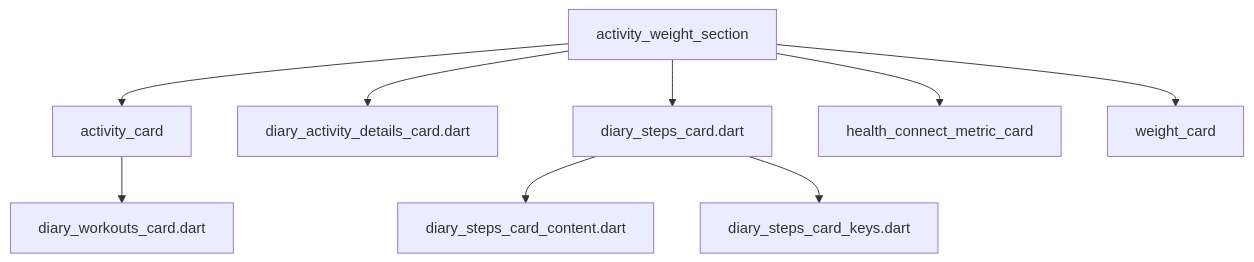
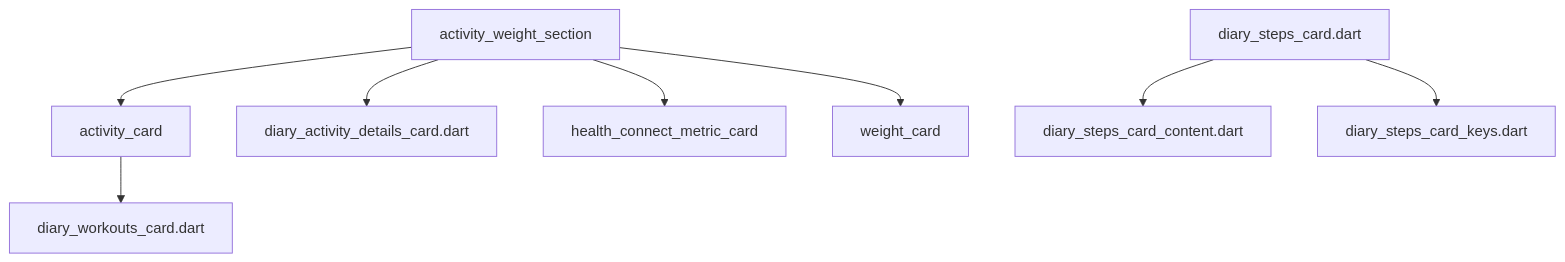
The diagram in lib/features/activity/presentation/widgets/DEPS.md (repinw/yamt), drawn with Mermaid before and after one commit. The commit also changed 49 other files, not shown here.

````diff
--- a/lib/features/activity/presentation/widgets/DEPS.md
+++ b/lib/features/activity/presentation/widgets/DEPS.md
@@ -6,11 +6,10 @@
 ```mermaid
 flowchart TD;
 activity_card-->diary_workouts_card.dart;
 activity_weight_section-->activity_card;
 activity_weight_section-->diary_activity_details_card.dart;
-activity_weight_section-->diary_steps_card.dart;
 activity_weight_section-->health_connect_metric_card;
 activity_weight_section-->weight_card;
 diary_steps_card.dart-->diary_steps_card_content.dart;
 diary_steps_card.dart-->diary_steps_card_keys.dart;
 ```
````
